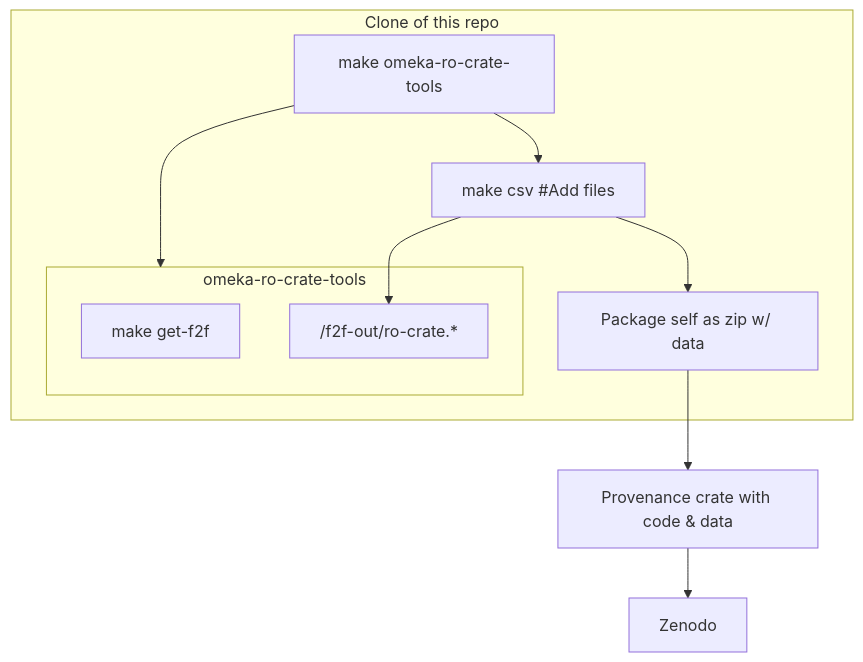
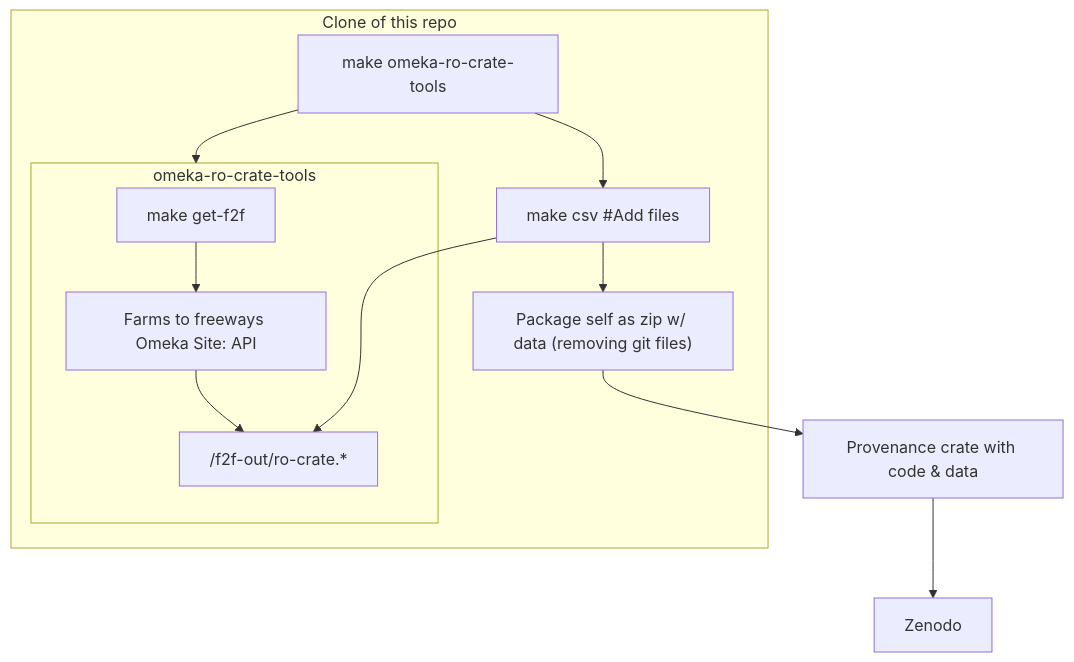
One commit to Language-Research-Technology/corpus-tools-farms-to-freeways changed the diagram in README.md. Above: the diagram before and after it, drawn with Mermaid.

Commit message:
Updated diagram

````diff
--- a/README.md
+++ b/README.md
@@ -25,19 +25,19 @@
 ```mermaid
 graph TD;
     
     subgraph this["Clone of this repo"]
       tools["make omeka-ro-crate-tools"] --> omeka-ro-crate-tools
       subgraph omeka-ro-crate-tools
-        get["make get-f2f"]
-        ro-crate["/f2f-out/ro-crate.*"]
+        get["make get-f2f"] -->  f2f["Farms to freeways Omeka Site: API"]
+        f2f --> ro-crate["/f2f-out/ro-crate.*"]
       end
       csv["make csv #Add files"] --> ro-crate
-      pack["Package self as zip w/ data"]
+      pack["Package self as zip w/ data (removing git files)"]
       tools --> csv
       csv --> pack
     end
     pack --> prov["Provenance crate with code & data"]
     prov --> Zenodo
     
     
 ```   
````
